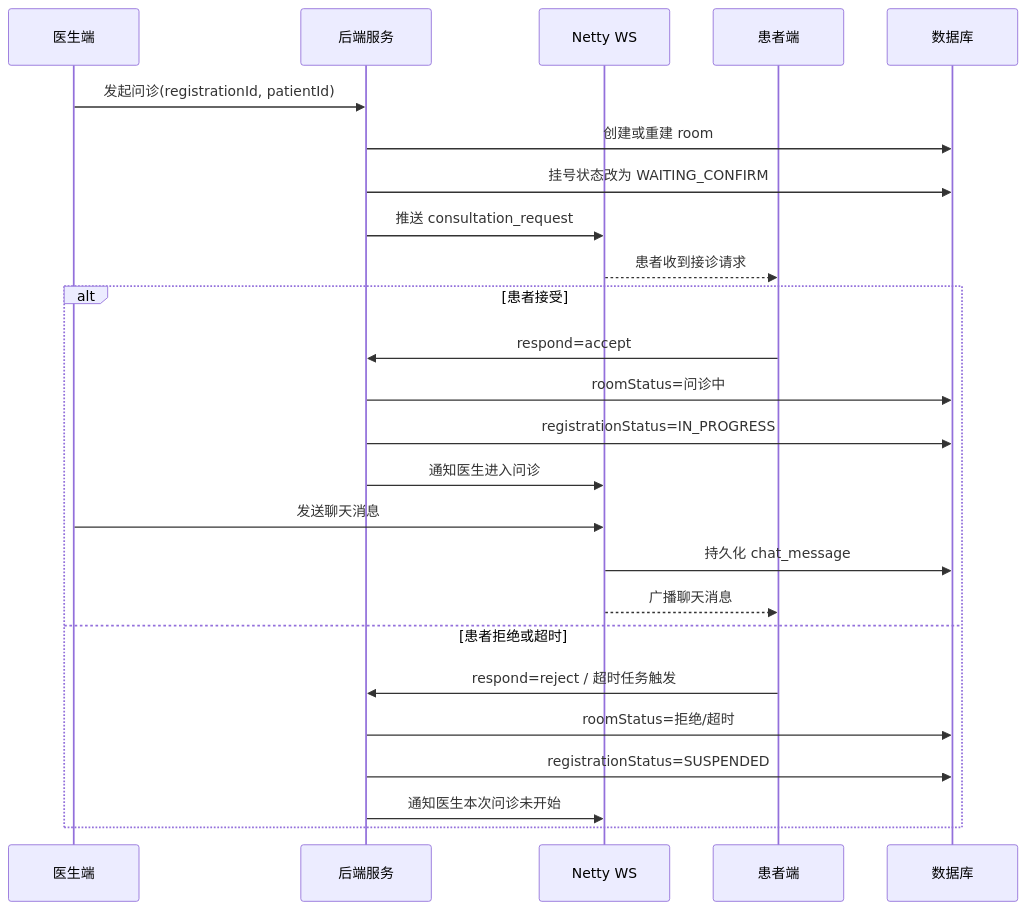
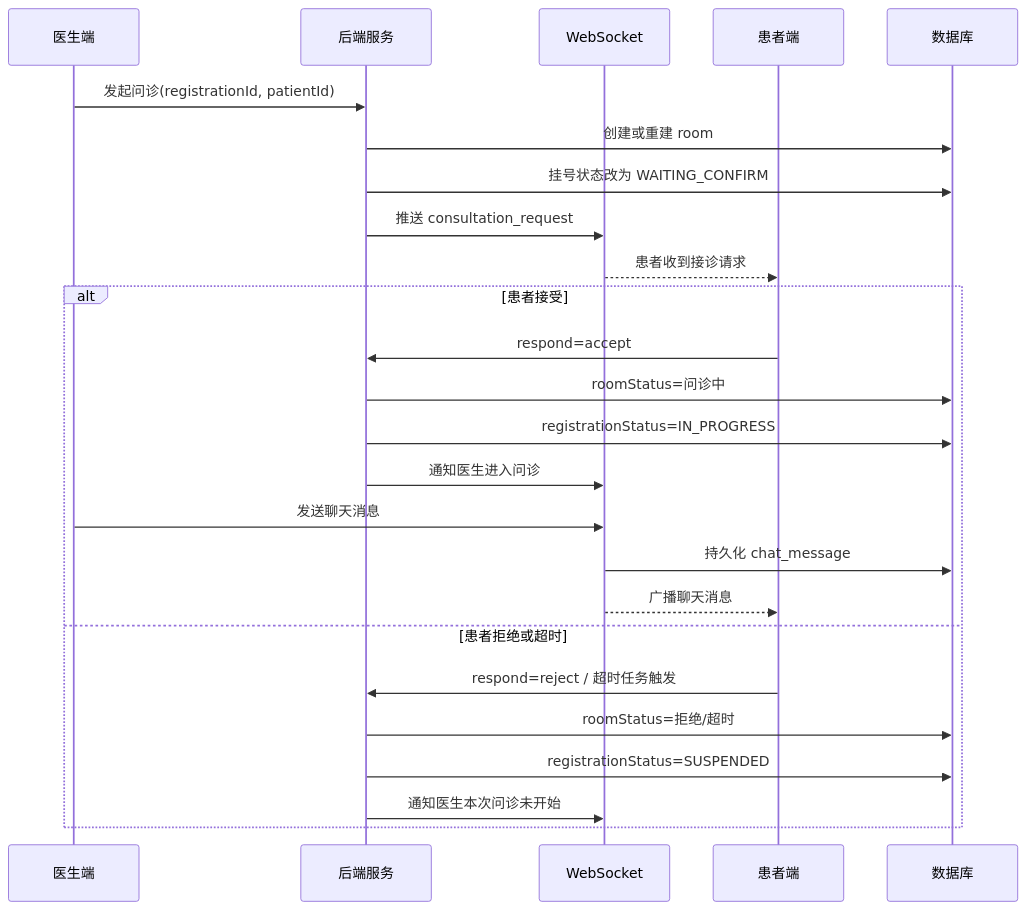
Before and after one commit to renyanhui6/online-diagnosis-and-treatment-system: the fourth of 4 diagrams in phase-3.md, drawn with Mermaid. The commit also changed other lines of this file and 96 other files, not shown here.

````diff
--- a/phase-3.md
+++ b/phase-3.md
@@ -116,29 +116,29 @@
 ```mermaid
 sequenceDiagram
   participant D as 医生端
   participant B as 后端服务
-  participant N as Netty WS
+  participant N as WebSocket
   participant P as 患者端
   participant DB as 数据库
 
   D->>B: 发起问诊(registrationId, patientId)
   B->>DB: 创建或重建 room
   B->>DB: 挂号状态改为 WAITING_CONFIRM
   B->>N: 推送 consultation_request
   N-->>P: 患者收到接诊请求
 
   alt 患者接受
     P->>B: respond=accept
     B->>DB: roomStatus=问诊中
     B->>DB: registrationStatus=IN_PROGRESS
     B->>N: 通知医生进入问诊
     D->>N: 发送聊天消息
     N->>DB: 持久化 chat_message
     N-->>P: 广播聊天消息
   else 患者拒绝或超时
     P->>B: respond=reject / 超时任务触发
     B->>DB: roomStatus=拒绝/超时
     B->>DB: registrationStatus=SUSPENDED
     B->>N: 通知医生本次问诊未开始
   end
 ```
````
